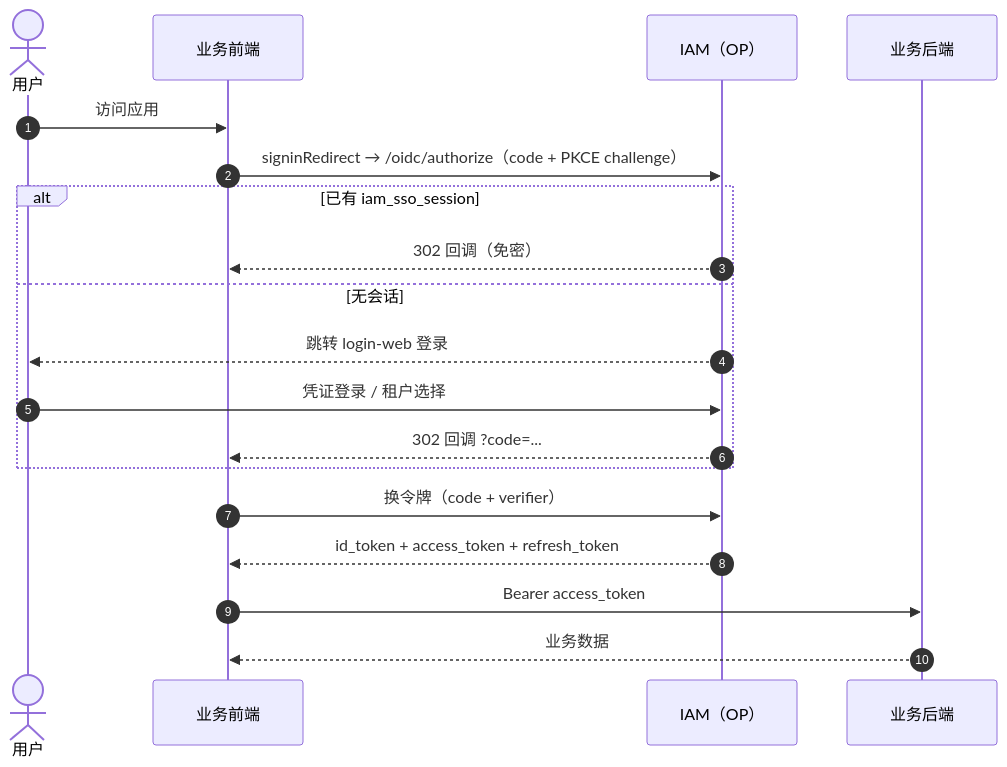
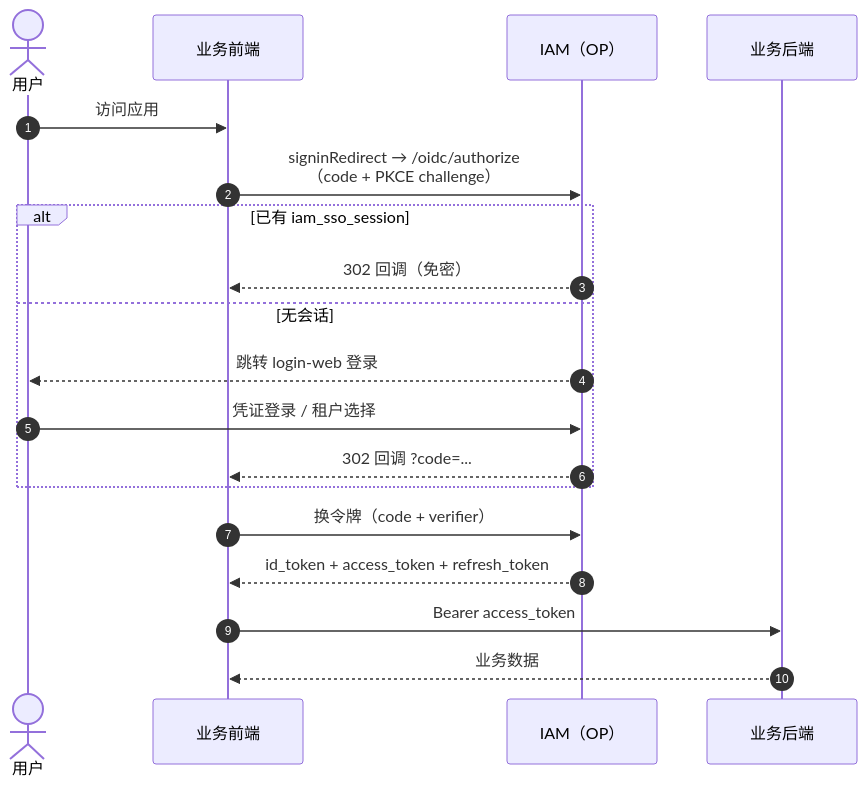
Before and after one commit to morehao/ark-iam: the second of 5 diagrams in docs/design/application-integration-guide.md, drawn with Mermaid. The commit also changed other lines of this file and 172 other files, not shown here.

````diff
--- a/docs/design/application-integration-guide.md
+++ b/docs/design/application-integration-guide.md
@@ -160,22 +160,22 @@
 ```mermaid
 sequenceDiagram
     autonumber
     actor U as 用户
     participant FE as 业务前端
     participant OP as IAM（OP）
     participant API as 业务后端
 
     U->>FE: 访问应用
-    FE->>OP: signinRedirect → /oidc/authorize（code + PKCE challenge）
+    FE->>OP: signinRedirect → /oidc/authorize<br/>（code + PKCE challenge）
     alt 已有 iam_sso_session
         OP-->>FE: 302 回调（免密）
     else 无会话
         OP-->>U: 跳转 login-web 登录
         U->>OP: 凭证登录 / 租户选择
         OP-->>FE: 302 回调 ?code=...
     end
     FE->>OP: 换令牌（code + verifier）
     OP-->>FE: id_token + access_token + refresh_token
     FE->>API: Bearer access_token
     API-->>FE: 业务数据
 ```
````
